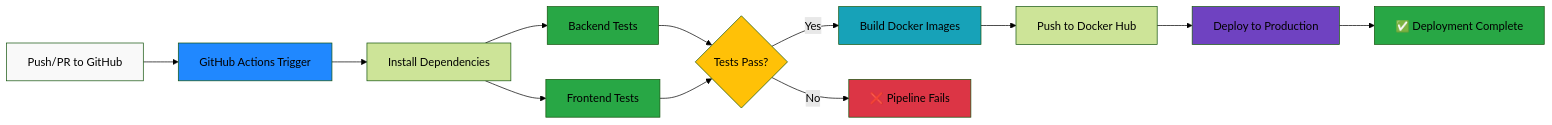
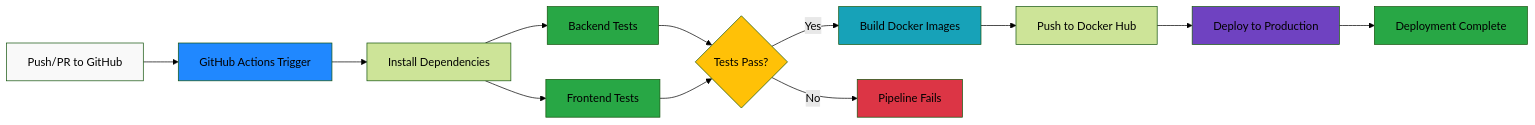
One commit to rojasayelen/TPI_Tech_Moms changed the second of 2 diagrams in docs/ARCHITECTURE.md. Above: the diagram before and after it, drawn with Mermaid (forest theme). The commit also changed 2 other files, not shown here.

Commit message:
Tests e2e, logging, docs and diagrams

````diff
--- a/docs/ARCHITECTURE.md
+++ b/docs/ARCHITECTURE.md
@@ -95,24 +95,24 @@
 ```mermaid
 graph LR
     A[Push/PR to GitHub] --> B[GitHub Actions Trigger]
     B --> C[Install Dependencies]
     C --> D[Backend Tests]
     C --> E[Frontend Tests]
     D --> F{Tests Pass?}
     E --> F
     F -->|Yes| G[Build Docker Images]
-    F -->|No| H[❌ Pipeline Fails]
+    F -->|No| H[Pipeline Fails]
     G --> I[Push to Docker Hub]
     I --> J[Deploy to Production]
-    J --> K[✅ Deployment Complete]
+    J --> K[Deployment Complete]
     
     style A fill:#f9f9f9
     style B fill:#2088ff
     style D fill:#28a745
     style E fill:#28a745
     style F fill:#ffc107
     style G fill:#17a2b8
     style H fill:#dc3545
     style J fill:#6f42c1
     style K fill:#28a745
 ```
````
